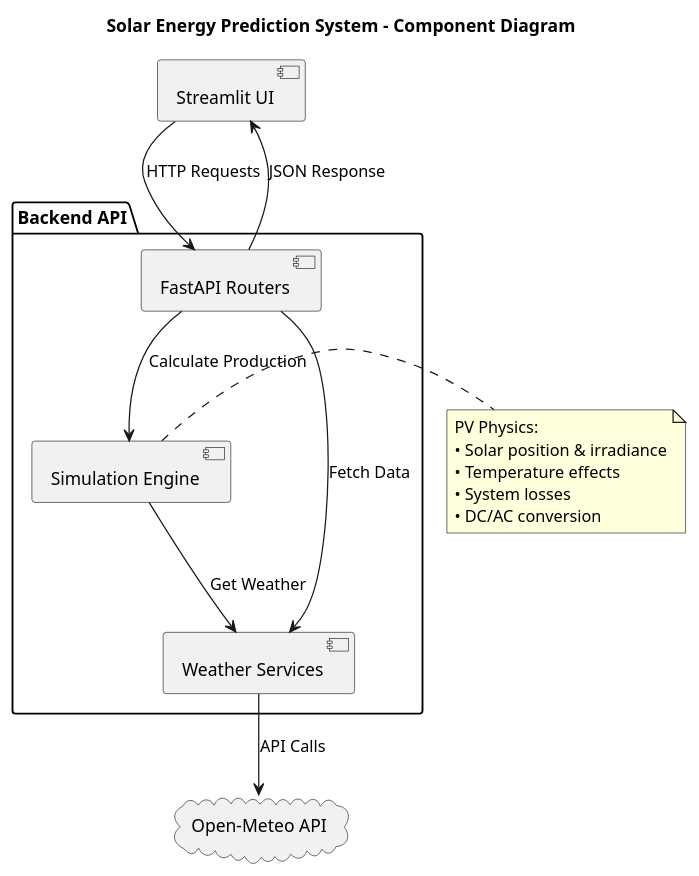
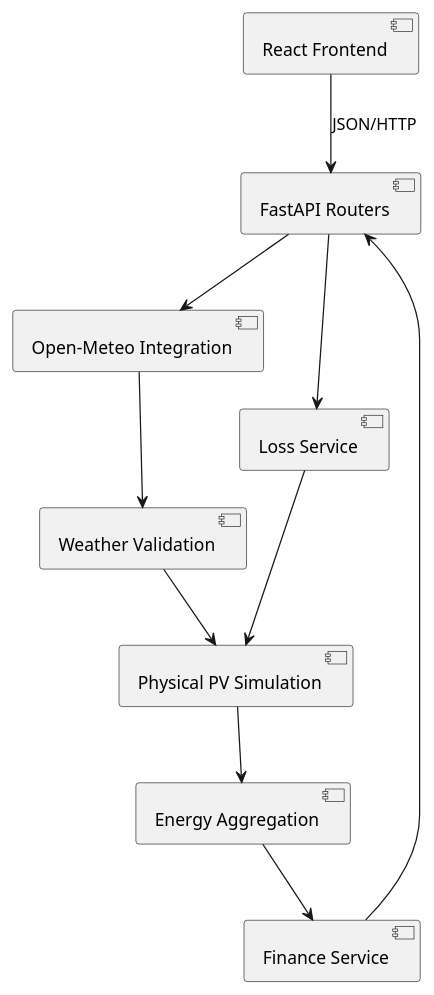
The diagram in architecture/component_diagram.puml (Eladszz/solar-energy-prediction), drawn with PlantUML before and after one commit. The commit also changed 71 other files, not shown here.

```diff
--- a/architecture/component_diagram.puml
+++ b/architecture/component_diagram.puml
@@ -1,29 +1,11 @@
-@startuml component_diagram
-title Solar Energy Prediction System - Component Diagram
-
-[Streamlit UI] as UI
-
-package "Backend API" {
-  [FastAPI Routers] as API
-  [Simulation Engine] as Engine
-  [Weather Services] as Weather
-}
-
-cloud "Open-Meteo API" as External
-
-UI --> API : HTTP Requests
-API --> Engine : Calculate Production
-API --> Weather : Fetch Data
-Weather --> External : API Calls
-Engine --> Weather : Get Weather
-API --> UI : JSON Response
-
-note right of Engine
-  PV Physics:
-  • Solar position & irradiance
-  • Temperature effects
-  • System losses
-  • DC/AC conversion
-end note
-
+@startuml
+[React Frontend] --> [FastAPI Routers] : JSON/HTTP
+[FastAPI Routers] --> [Open-Meteo Integration]
+[Open-Meteo Integration] --> [Weather Validation]
+[Weather Validation] --> [Physical PV Simulation]
+[FastAPI Routers] --> [Loss Service]
+[Loss Service] --> [Physical PV Simulation]
+[Physical PV Simulation] --> [Energy Aggregation]
+[Energy Aggregation] --> [Finance Service]
+[Finance Service] --> [FastAPI Routers]
 @enduml
```
